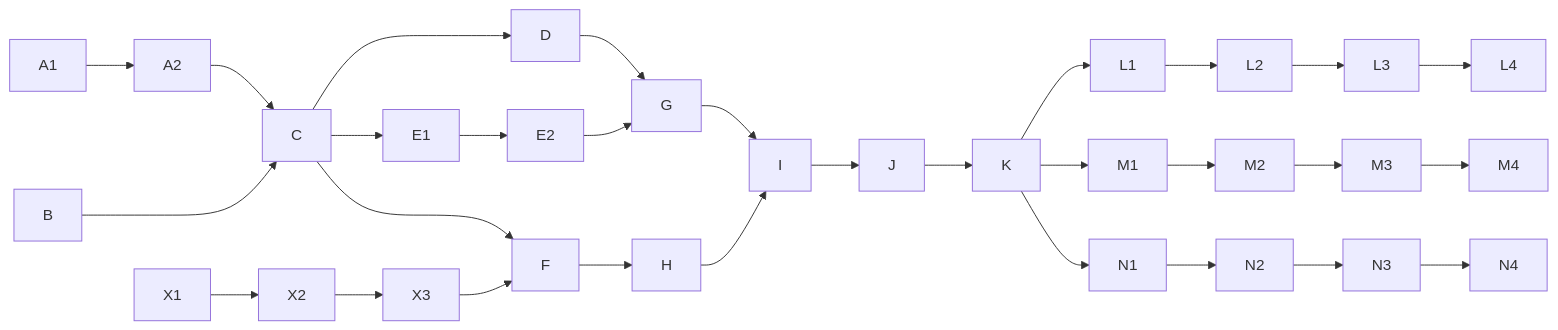
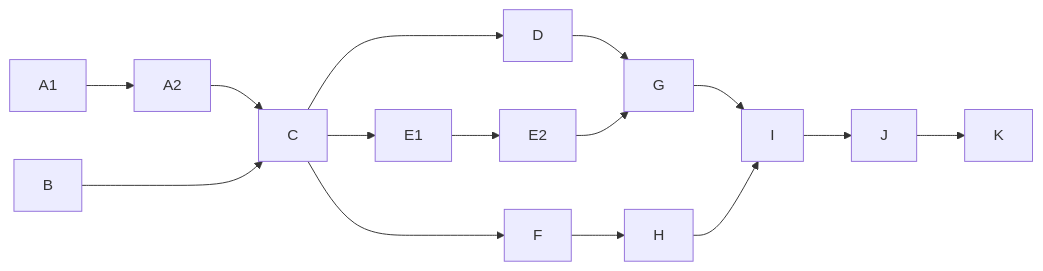
The diagram in README.md (wojiaojsjzs/data-hamal), drawn with Mermaid before and after one commit. The commit also changed other lines of this file and 8 other files, not shown here.

````diff
--- a/README.md
+++ b/README.md
@@ -110,36 +110,18 @@
 ```mermaid
 flowchart LR
     A1 --> A2
     A2 --> C
     B ---> C
     C  --> D
     D  --> G
     C  --> F
     C  --> E1
     E1 --> E2
     E2 --> G
     F  --> H
     G  --> I
     H  --> I
     I  --> J
     J  --> K
     
-    
-    
-    X1 --> X2
-    X2 --> X3
-    X3 --> F
-    
-    K  --> L1
-    K  --> M1
-    K  --> N1
-    L1  --> L2
-    L2  --> L3
-    L3  --> L4
-    M1  --> M2
-    M2  --> M3
-    M3  --> M4
-    N1  --> N2
-    N2  --> N3
-    N3  --> N4
 ```
````
